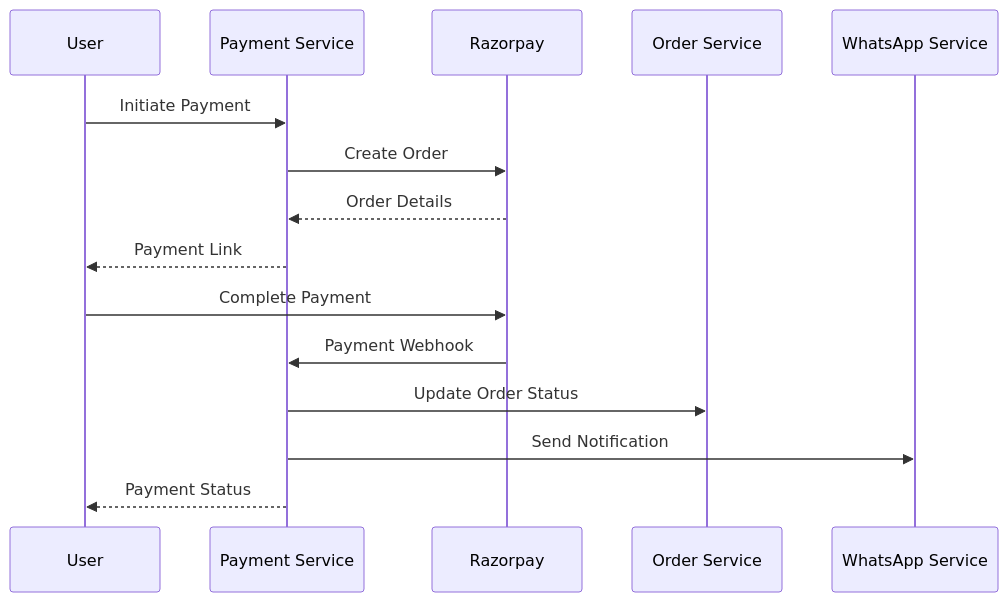
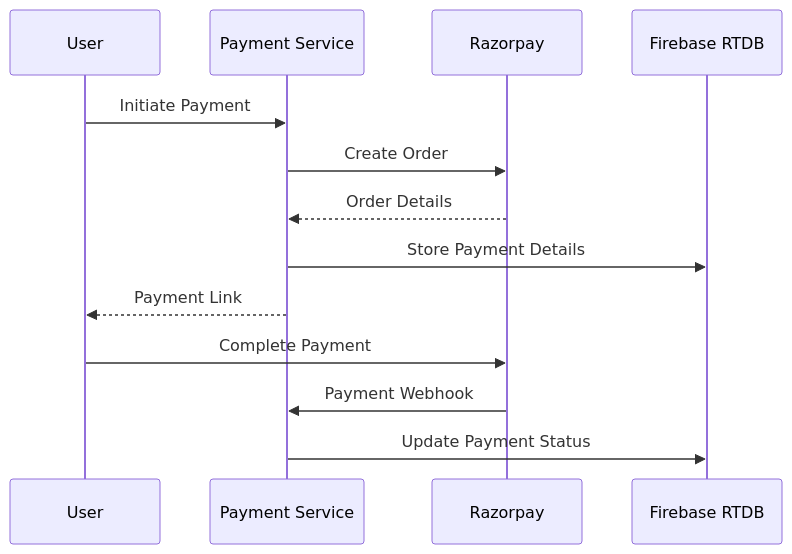
Before and after one commit to Roshan-Plazza/Plazza_Overview: the second of 10 diagrams in docs/SERVICES_OVERVIEW.md, drawn with Mermaid. The commit also changed other lines of this file, not shown here.

````diff
--- a/docs/SERVICES_OVERVIEW.md
+++ b/docs/SERVICES_OVERVIEW.md
@@ -175,18 +175,16 @@
 ```mermaid
 sequenceDiagram
     participant U as User
     participant PS as Payment Service
     participant RP as Razorpay
-    participant OS as Order Service
-    participant WS as WhatsApp Service
+    participant FRDB as Firebase RTDB
 
     U->>PS: Initiate Payment
     PS->>RP: Create Order
     RP-->>PS: Order Details
+    PS->>FRDB: Store Payment Details
     PS-->>U: Payment Link
     U->>RP: Complete Payment
     RP->>PS: Payment Webhook
-    PS->>OS: Update Order Status
-    PS->>WS: Send Notification
-    PS-->>U: Payment Status
+    PS->>FRDB: Update Payment Status
 ```
````
